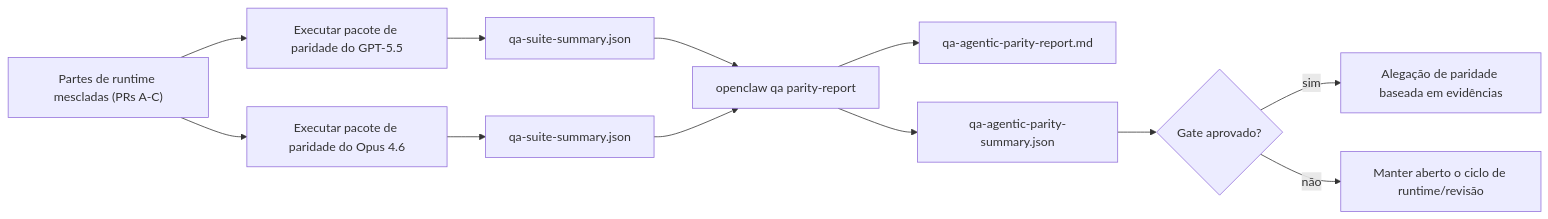
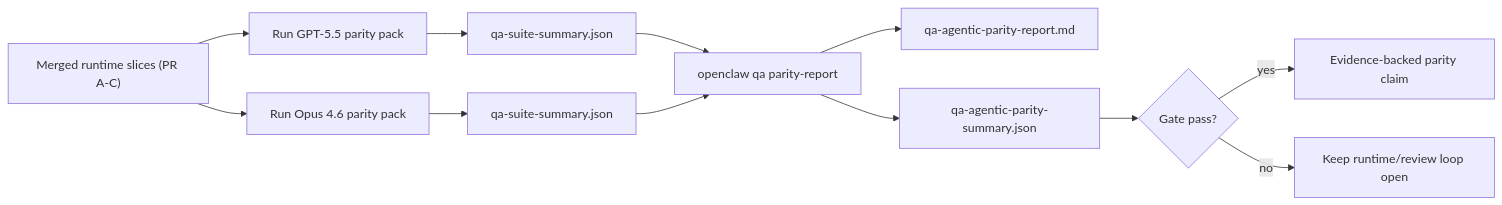
The second of 2 diagrams in docs/pt-BR/help/gpt55-codex-agentic-parity.md (openclaw/docs), drawn with Mermaid before and after one commit. The commit also changed other lines of this file and 115 other files, not shown here.

````diff
--- a/docs/pt-BR/help/gpt55-codex-agentic-parity.md
+++ b/docs/pt-BR/help/gpt55-codex-agentic-parity.md
@@ -131,14 +129,14 @@
 ```mermaid
 flowchart LR
-    A["Partes de runtime mescladas (PRs A-C)"] --> B["Executar pacote de paridade do GPT-5.5"]
-    A --> C["Executar pacote de paridade do Opus 4.6"]
+    A["Merged runtime slices (PR A-C)"] --> B["Run GPT-5.5 parity pack"]
+    A --> C["Run Opus 4.6 parity pack"]
     B --> D["qa-suite-summary.json"]
     C --> E["qa-suite-summary.json"]
     D --> F["openclaw qa parity-report"]
     E --> F
     F --> G["qa-agentic-parity-report.md"]
     F --> H["qa-agentic-parity-summary.json"]
-    H --> I{"Gate aprovado?"}
-    I -- "sim" --> J["Alegação de paridade baseada em evidências"]
-    I -- "não" --> K["Manter aberto o ciclo de runtime/revisão"]
+    H --> I{"Gate pass?"}
+    I -- "yes" --> J["Evidence-backed parity claim"]
+    I -- "no" --> K["Keep runtime/review loop open"]
 ```
````
